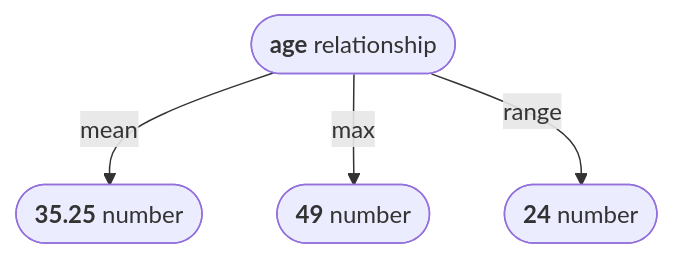
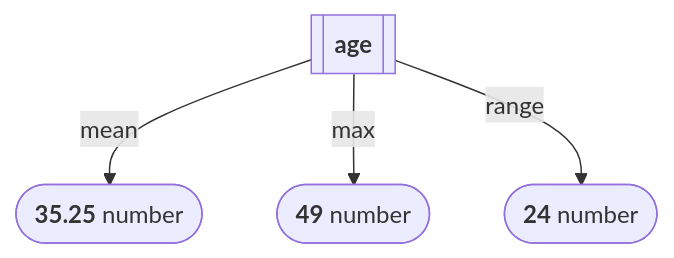
One commit to conmaol/maglocunus changed the sixth of 12 diagrams in d/data.md. Above: the diagram before and after it, drawn with Mermaid. The commit also changed other lines of this file, not shown here.

````diff
--- a/d/data.md
+++ b/d/data.md
@@ -163,10 +161,10 @@
 ```mermaid
 flowchart TD
-    age(["`**age** relationship`"])
+    age[["`**age**`"]]
     mean(["`**35.25** number`"])
     max(["`**49** number`"])
     range(["`**24** number`"])
     age -- mean --> mean
     age -- max --> max
     age -- range --> range
 ```
````
